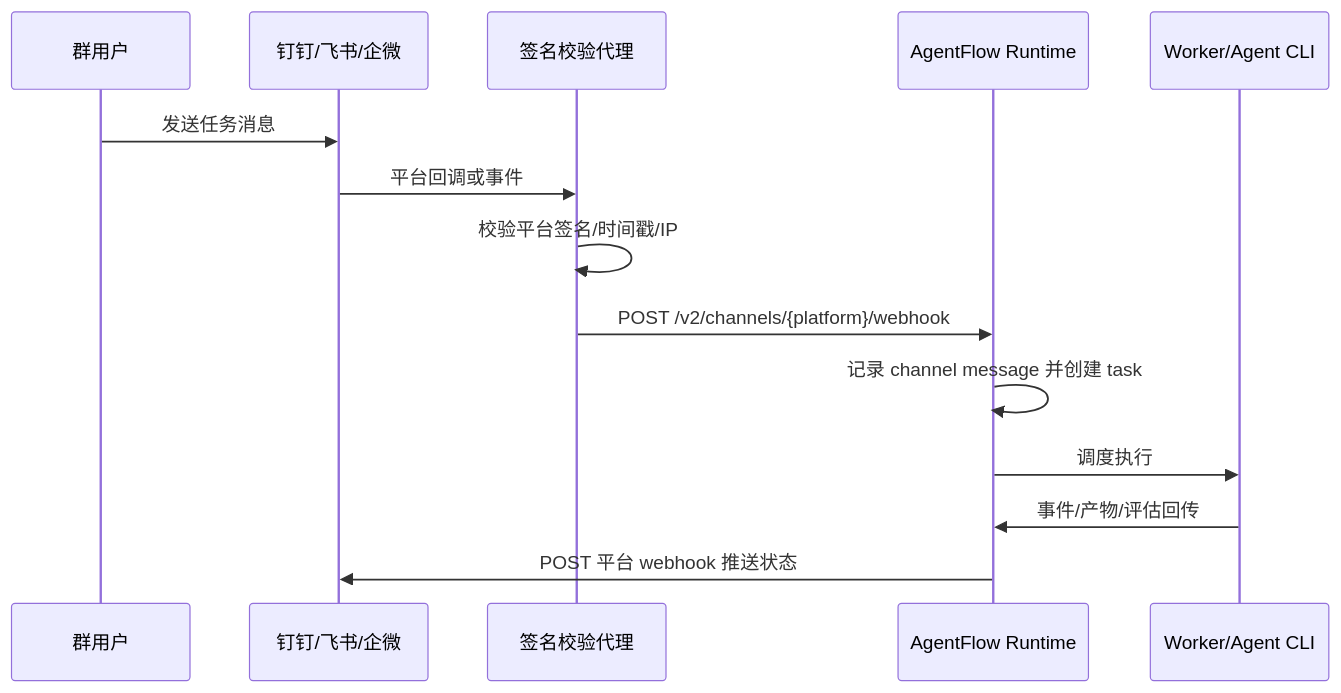
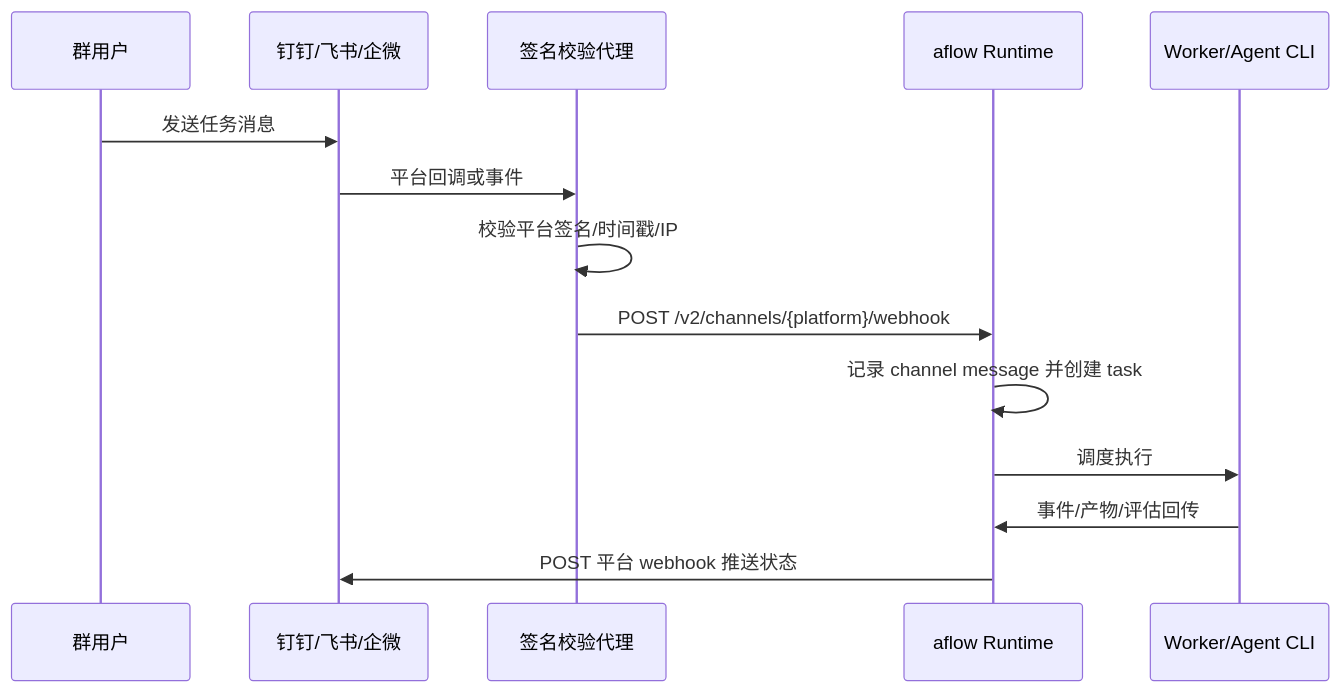
The first of 2 diagrams in docs/channel-integrations.md (chiga0/aflow), drawn with Mermaid before and after one commit. The commit also changed other lines of this file and 42 other files, not shown here.

````diff
--- a/docs/channel-integrations.md
+++ b/docs/channel-integrations.md
@@ -15,17 +15,17 @@
 ```mermaid
 sequenceDiagram
   participant User as 群用户
   participant IM as 钉钉/飞书/企微
   participant Edge as 签名校验代理
-  participant AF as AgentFlow Runtime
+  participant AF as aflow Runtime
   participant Worker as Worker/Agent CLI
 
   User->>IM: 发送任务消息
   IM->>Edge: 平台回调或事件
   Edge->>Edge: 校验平台签名/时间戳/IP
   Edge->>AF: POST /v2/channels/{platform}/webhook
   AF->>AF: 记录 channel message 并创建 task
   AF->>Worker: 调度执行
   Worker->>AF: 事件/产物/评估回传
   AF->>IM: POST 平台 webhook 推送状态
 ```
````
